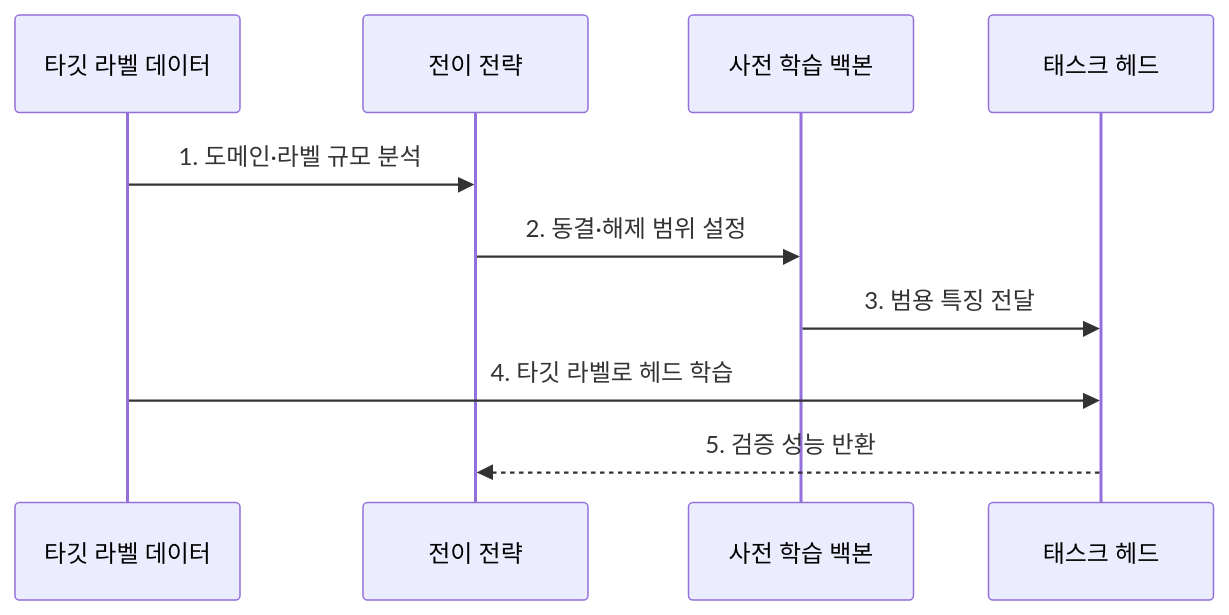
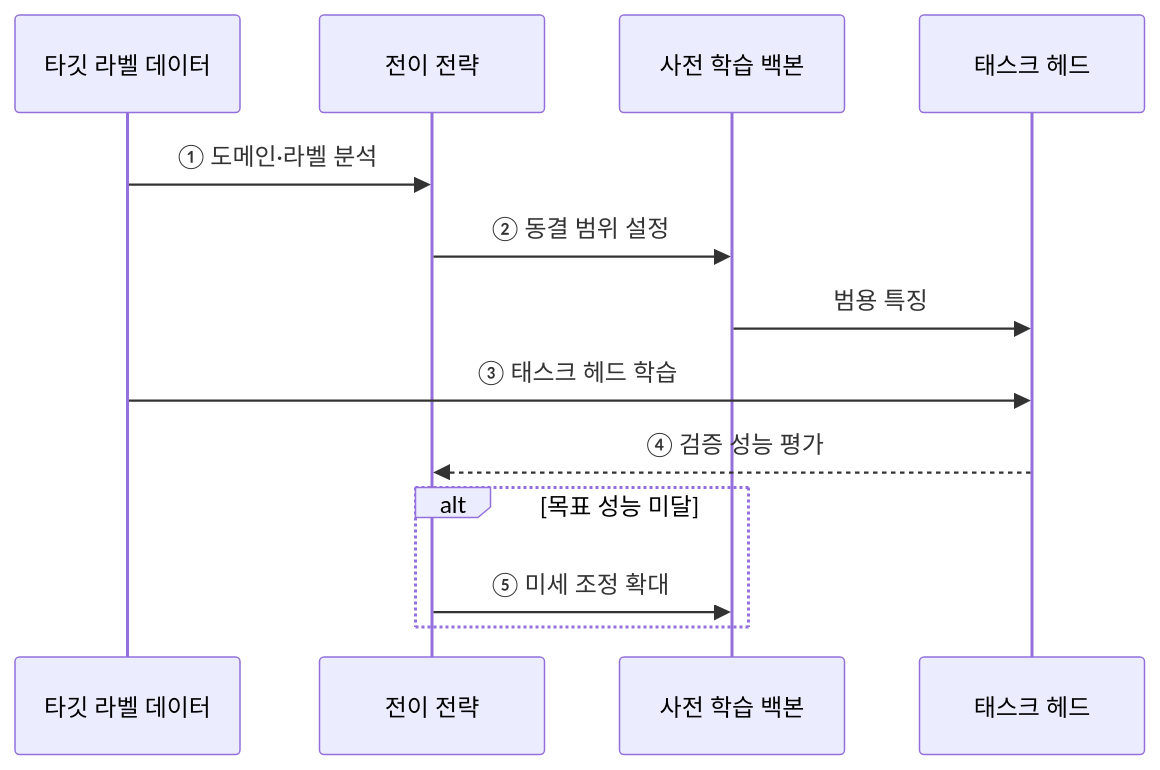
The third of 3 diagrams in src/content/docs/notes/01-basic-theory/047_transfer_learning.md (agnusdei1207/knowledge-base), drawn with Mermaid before and after one commit. The commit also changed other lines of this file and 22 other files, not shown here.

````diff
--- a/src/content/docs/notes/01-basic-theory/047_transfer_learning.md
+++ b/src/content/docs/notes/01-basic-theory/047_transfer_learning.md
@@ -65,12 +90,15 @@
 ```mermaid
 sequenceDiagram
     participant D as 타깃 라벨 데이터
     participant F as 전이 전략
     participant B as 사전 학습 백본
     participant H as 태스크 헤드
-    D->>F: 1. 도메인·라벨 규모 분석
-    F->>B: 2. 동결·해제 범위 설정
-    B->>H: 3. 범용 특징 전달
-    D->>H: 4. 타깃 라벨로 헤드 학습
-    H-->>F: 5. 검증 성능 반환
+    D->>F: ① 도메인·라벨 분석
+    F->>B: ② 동결 범위 설정
+    B->>H: 범용 특징
+    D->>H: ③ 태스크 헤드 학습
+    H-->>F: ④ 검증 성능 평가
+    alt 목표 성능 미달
+        F->>B: ⑤ 미세 조정 확대
+    end
 ```
````
